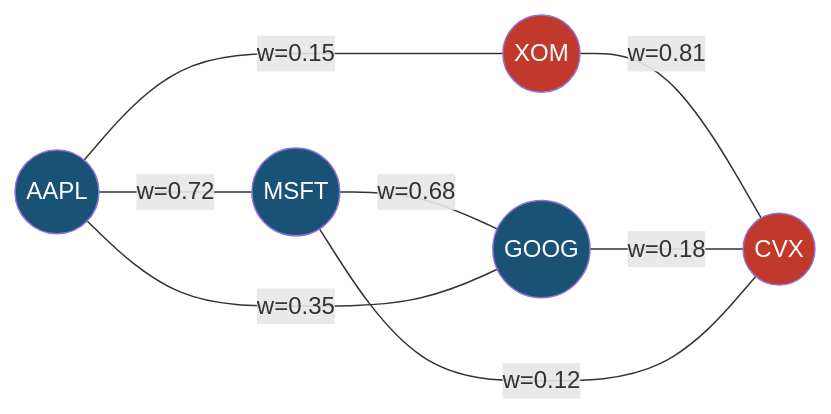
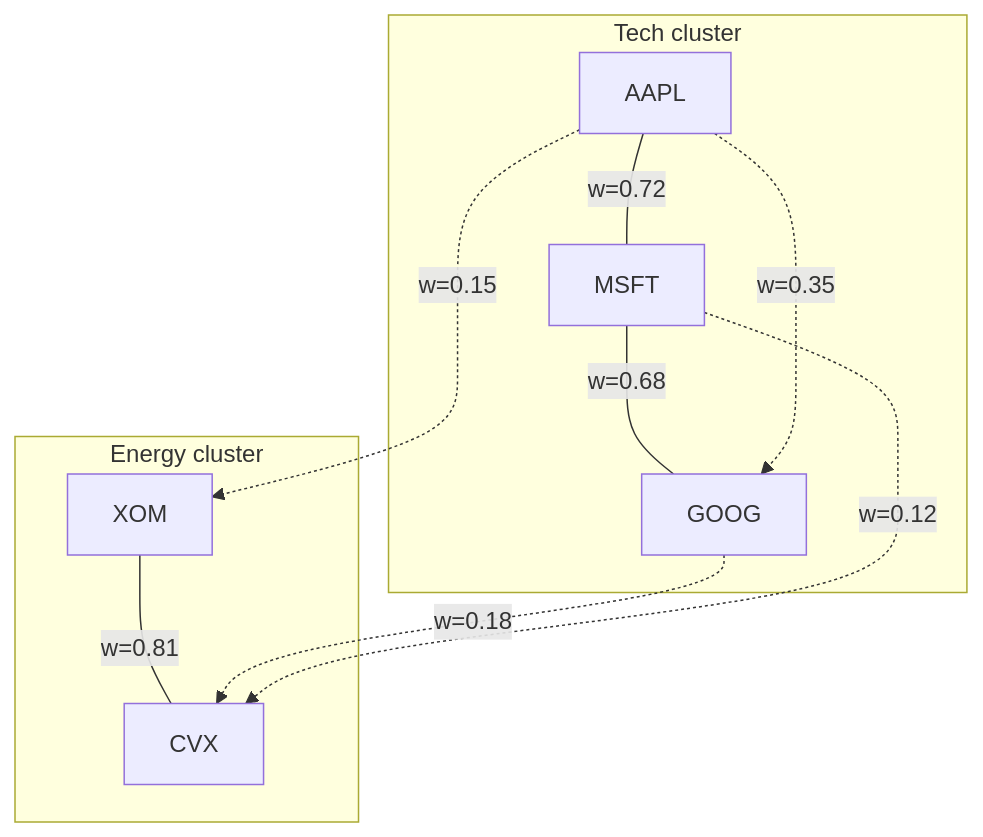
The third of 4 diagrams in vol-learning-guide/markdown/ch14-multivariate-volatility.md (xRyann2255/ML-GS), drawn with Mermaid before and after one commit. The commit also changed other lines of this file and 19 other files, not shown here.

````diff
--- a/vol-learning-guide/markdown/ch14-multivariate-volatility.md
+++ b/vol-learning-guide/markdown/ch14-multivariate-volatility.md
@@ -301,15 +231,19 @@
 ```mermaid
-flowchart LR
-    AAPL((AAPL)) ---|"w=0.72"| MSFT((MSFT))
-    MSFT ---|"w=0.68"| GOOG((GOOG))
-    AAPL ---|"w=0.35"| GOOG
-    XOM((XOM)) ---|"w=0.81"| CVX((CVX))
-    AAPL ---|"w=0.15"| XOM
-    GOOG ---|"w=0.18"| CVX
-    MSFT ---|"w=0.12"| CVX
-    style AAPL fill:#1a5276,color:#fff
-    style MSFT fill:#1a5276,color:#fff
-    style GOOG fill:#1a5276,color:#fff
-    style XOM fill:#c0392b,color:#fff
-    style CVX fill:#c0392b,color:#fff
+flowchart TD
+    subgraph tech["Tech cluster"]
+        A["AAPL"]
+        B["MSFT"]
+        C["GOOG"]
+    end
+    subgraph energy["Energy cluster"]
+        D["XOM"]
+        E["CVX"]
+    end
+    A ---|"w=0.72"| B
+    B ---|"w=0.68"| C
+    A -.->|"w=0.35"| C
+    D ---|"w=0.81"| E
+    A -.->|"w=0.15"| D
+    C -.->|"w=0.18"| E
+    B -.->|"w=0.12"| E
 ```
````
